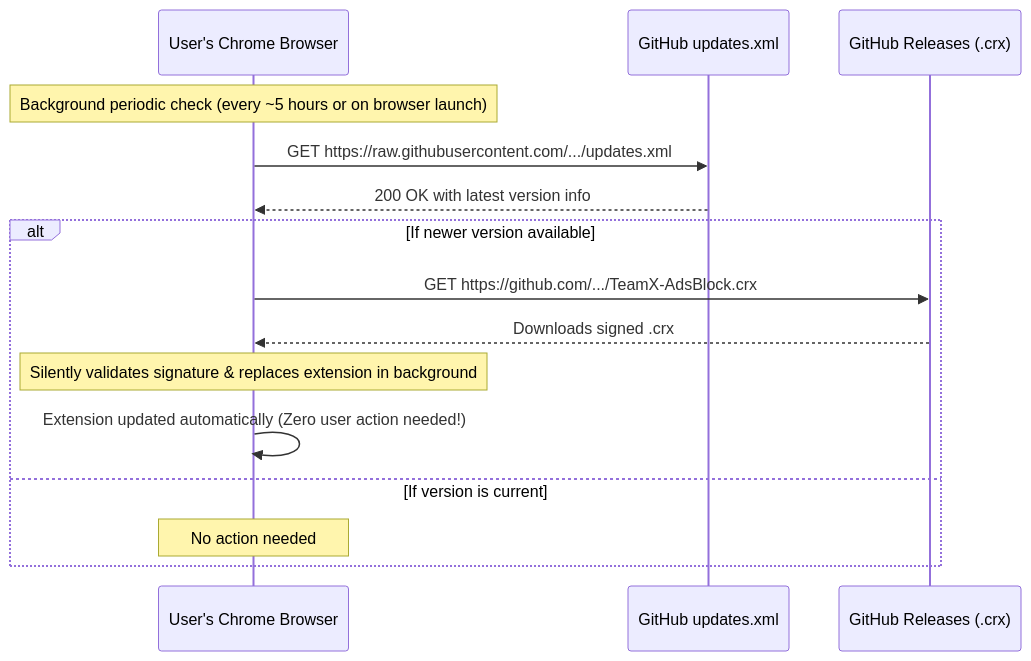
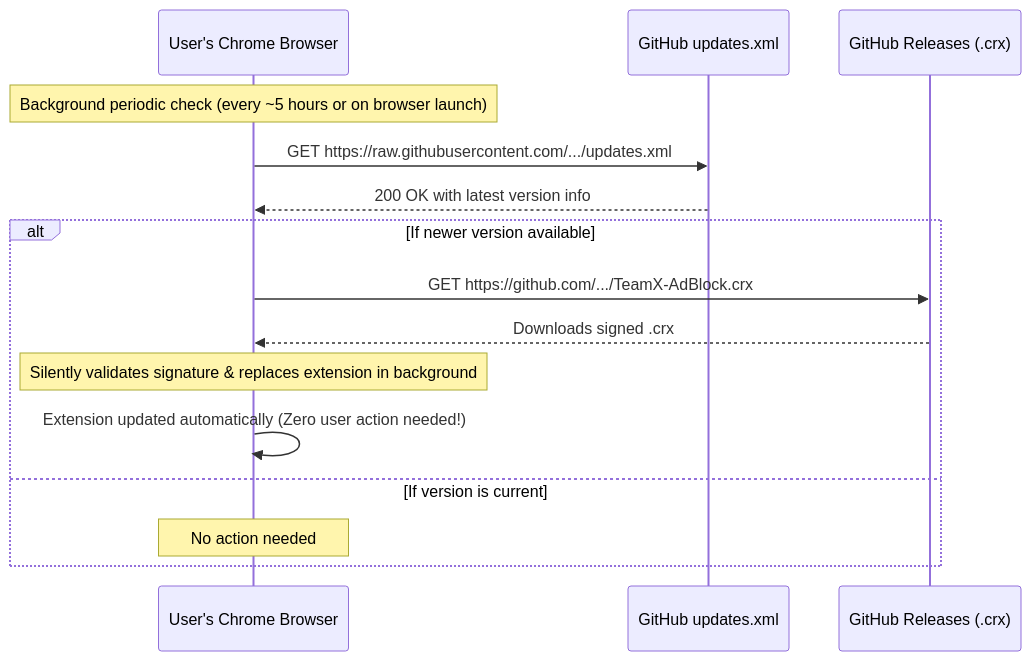
One commit to shadow-x78/teamx-adblock changed the diagram in docs/AUTO_UPDATE.md. Above: the diagram before and after it, drawn with Mermaid. The commit also changed other lines of this file and 17 other files, not shown here.

````diff
--- a/docs/AUTO_UPDATE.md
+++ b/docs/AUTO_UPDATE.md
@@ -34,18 +34,18 @@
 ```mermaid
 sequenceDiagram
     participant UserChrome as User's Chrome Browser
     participant GitHubRaw as GitHub updates.xml
     participant GitHubRelease as GitHub Releases (.crx)
 
     Note over UserChrome: Background periodic check (every ~5 hours or on browser launch)
     UserChrome->>GitHubRaw: GET https://raw.githubusercontent.com/.../updates.xml
     GitHubRaw-->>UserChrome: 200 OK with latest version info
     alt If newer version available
-        UserChrome->>GitHubRelease: GET https://github.com/.../TeamX-AdsBlock.crx
+        UserChrome->>GitHubRelease: GET https://github.com/.../TeamX-AdBlock.crx
         GitHubRelease-->>UserChrome: Downloads signed .crx
         Note over UserChrome: Silently validates signature & replaces extension in background
         UserChrome->>UserChrome: Extension updated automatically (Zero user action needed!)
     else If version is current
         Note over UserChrome: No action needed
     end
 ```
````
